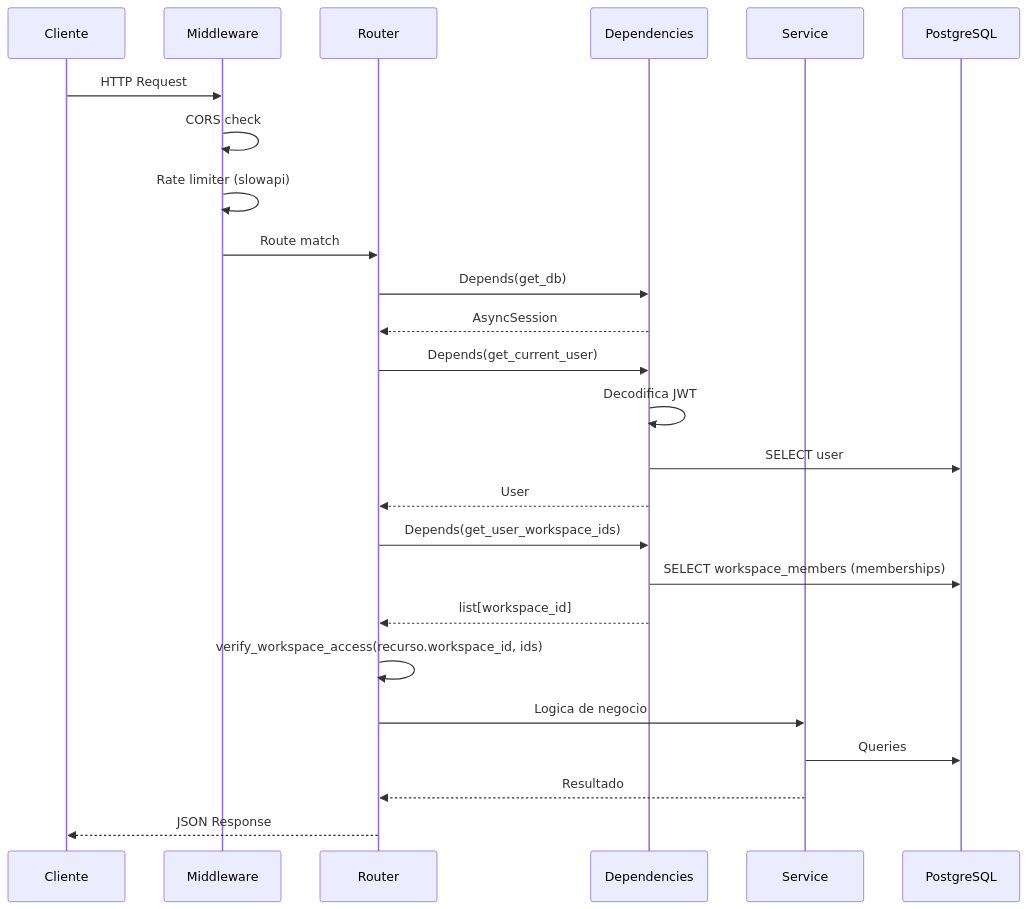
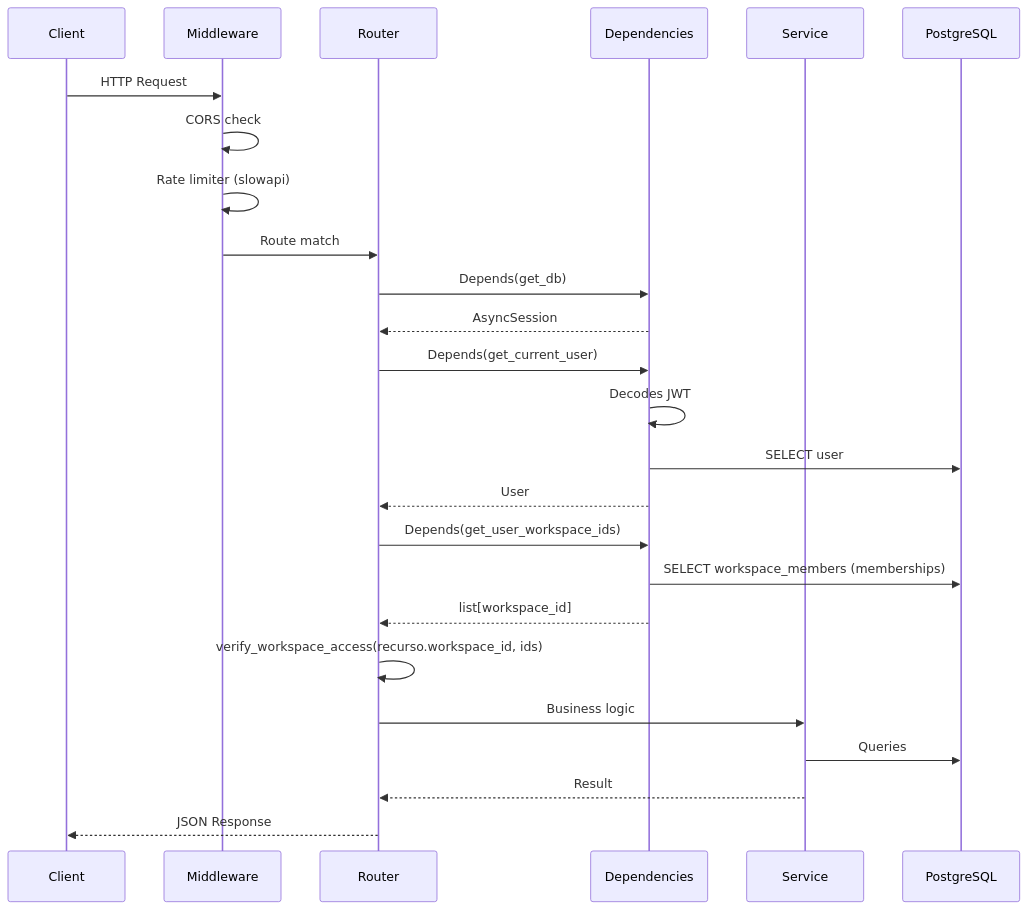
One commit to jlanio/atlans changed the third of 15 diagrams in docs/architecture.md. Above: the diagram before and after it, drawn with Mermaid. The commit also changed other lines of this file and 41 other files, not shown here.

````diff
--- a/docs/architecture.md
+++ b/docs/architecture.md
@@ -249,28 +250,28 @@
 ```mermaid
 sequenceDiagram
-    participant C as Cliente
+    participant C as Client
     participant M as Middleware
     participant R as Router
     participant D as Dependencies
     participant S as Service
     participant DB as PostgreSQL
 
     C->>M: HTTP Request
     M->>M: CORS check
     M->>M: Rate limiter (slowapi)
     M->>R: Route match
     R->>D: Depends(get_db)
     D-->>R: AsyncSession
     R->>D: Depends(get_current_user)
-    D->>D: Decodifica JWT
+    D->>D: Decodes JWT
     D->>DB: SELECT user
     D-->>R: User
     R->>D: Depends(get_user_workspace_ids)
     D->>DB: SELECT workspace_members (memberships)
     D-->>R: list[workspace_id]
     R->>R: verify_workspace_access(recurso.workspace_id, ids)
-    R->>S: Logica de negocio
+    R->>S: Business logic
     S->>DB: Queries
-    S-->>R: Resultado
+    S-->>R: Result
     R-->>C: JSON Response
 ```
````
